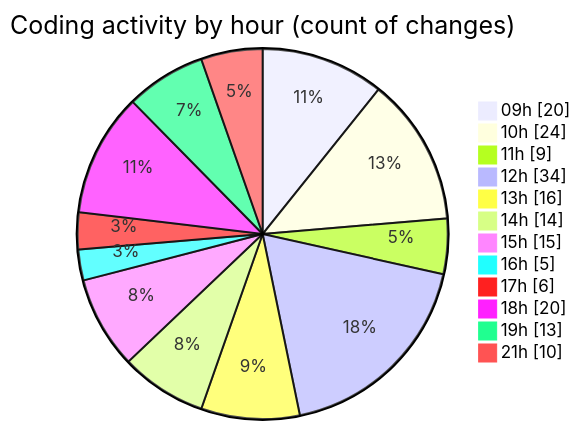
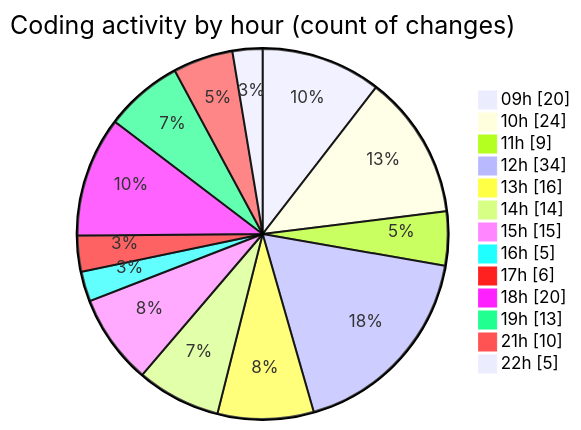
Before and after one commit to momahboobian/code-tracking: the second of 2 diagrams in 2025-05-19/cda/README.md, drawn with Mermaid. The commit also changed other lines of this file and 1 other file, not shown here.

````diff
--- a/2025-05-19/cda/README.md
+++ b/2025-05-19/cda/README.md
@@ -61,16 +61,17 @@
 ```mermaid
 pie showData
 title Coding activity by hour (count of changes)
 "09h" : 20
 "10h" : 24
 "11h" : 9
 "12h" : 34
 "13h" : 16
 "14h" : 14
 "15h" : 15
 "16h" : 5
 "17h" : 6
 "18h" : 20
 "19h" : 13
 "21h" : 10
+"22h" : 5
 ```
````
